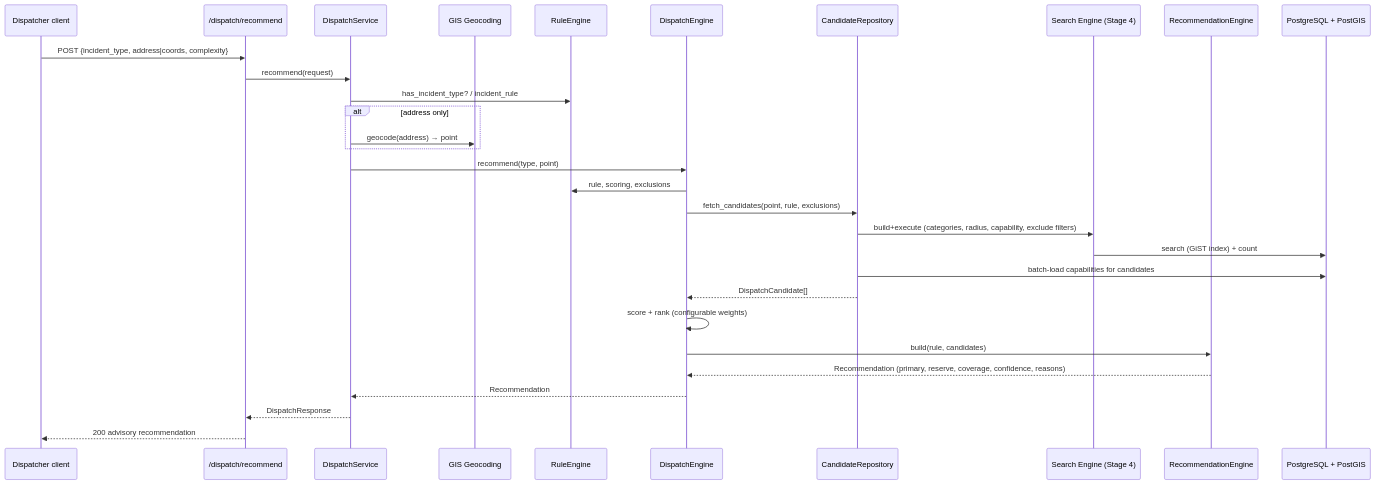
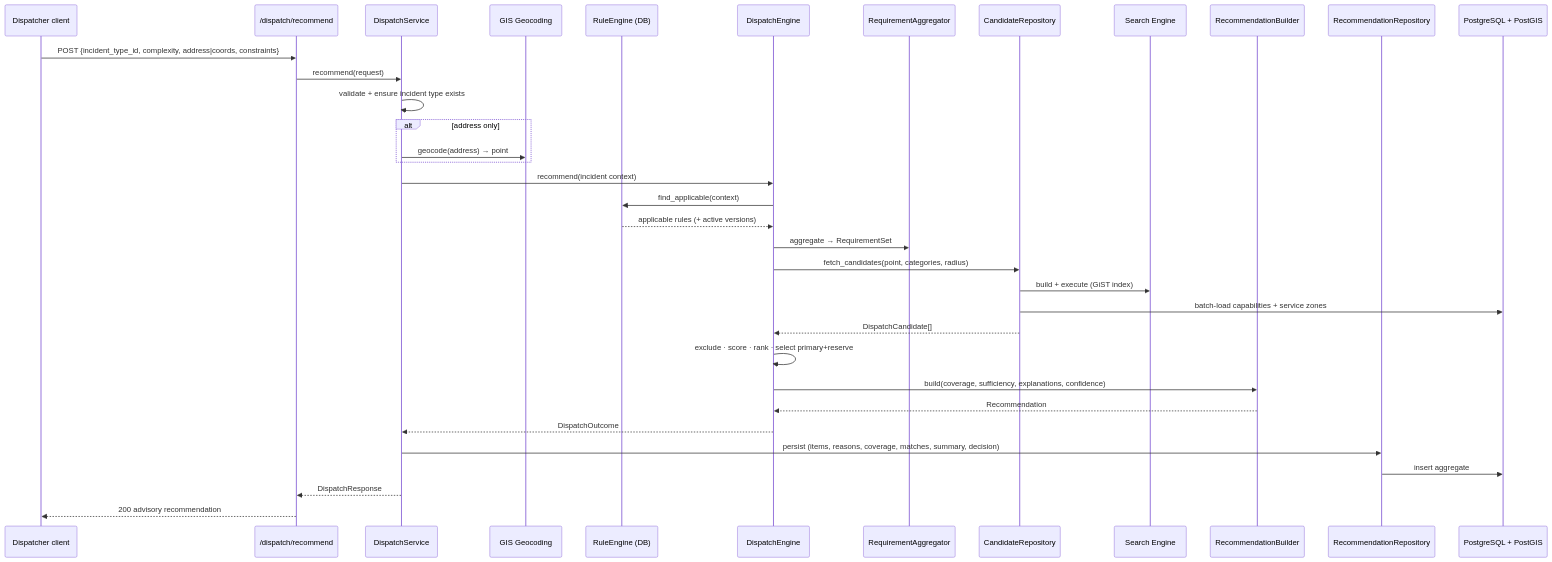
Before and after one commit to ArtemU1453/fire-dispatch-system: the second of 4 diagrams in docs/dispatch.md, drawn with Mermaid. The commit also changed other lines of this file and 55 other files, not shown here.

````diff
--- a/docs/dispatch.md
+++ b/docs/dispatch.md
@@ -61,33 +97,38 @@
 ```mermaid
 sequenceDiagram
     participant C as Dispatcher client
     participant API as /dispatch/recommend
     participant S as DispatchService
     participant G as GIS Geocoding
-    participant RE as RuleEngine
+    participant RE as RuleEngine (DB)
     participant DE as DispatchEngine
+    participant AG as RequirementAggregator
     participant CR as CandidateRepository
-    participant SE as Search Engine (Stage 4)
-    participant RC as RecommendationEngine
+    participant SE as Search Engine
+    participant RB as RecommendationBuilder
+    participant RR as RecommendationRepository
     participant DB as PostgreSQL + PostGIS
 
-    C->>API: POST {incident_type, address|coords, complexity}
+    C->>API: POST {incident_type_id, complexity, address|coords, constraints}
     API->>S: recommend(request)
-    S->>RE: has_incident_type? / incident_rule
+    S->>S: validate + ensure incident type exists
     alt address only
         S->>G: geocode(address) → point
     end
-    S->>DE: recommend(type, point)
-    DE->>RE: rule, scoring, exclusions
-    DE->>CR: fetch_candidates(point, rule, exclusions)
-    CR->>SE: build+execute (categories, radius, capability, exclude filters)
-    SE->>DB: search (GiST index) + count
-    CR->>DB: batch-load capabilities for candidates
+    S->>DE: recommend(incident context)
+    DE->>RE: find_applicable(context)
+    RE-->>DE: applicable rules (+ active versions)
+    DE->>AG: aggregate → RequirementSet
+    DE->>CR: fetch_candidates(point, categories, radius)
+    CR->>SE: build + execute (GiST index)
+    CR->>DB: batch-load capabilities + service zones
     CR-->>DE: DispatchCandidate[]
-    DE->>DE: score + rank (configurable weights)
-    DE->>RC: build(rule, candidates)
-    RC-->>DE: Recommendation (primary, reserve, coverage, confidence, reasons)
-    DE-->>S: Recommendation
+    DE->>DE: exclude · score · rank · select primary+reserve
+    DE->>RB: build(coverage, sufficiency, explanations, confidence)
+    RB-->>DE: Recommendation
+    DE-->>S: DispatchOutcome
+    S->>RR: persist (items, reasons, coverage, matches, summary, decision)
+    RR->>DB: insert aggregate
     S-->>API: DispatchResponse
     API-->>C: 200 advisory recommendation
 ```
````
